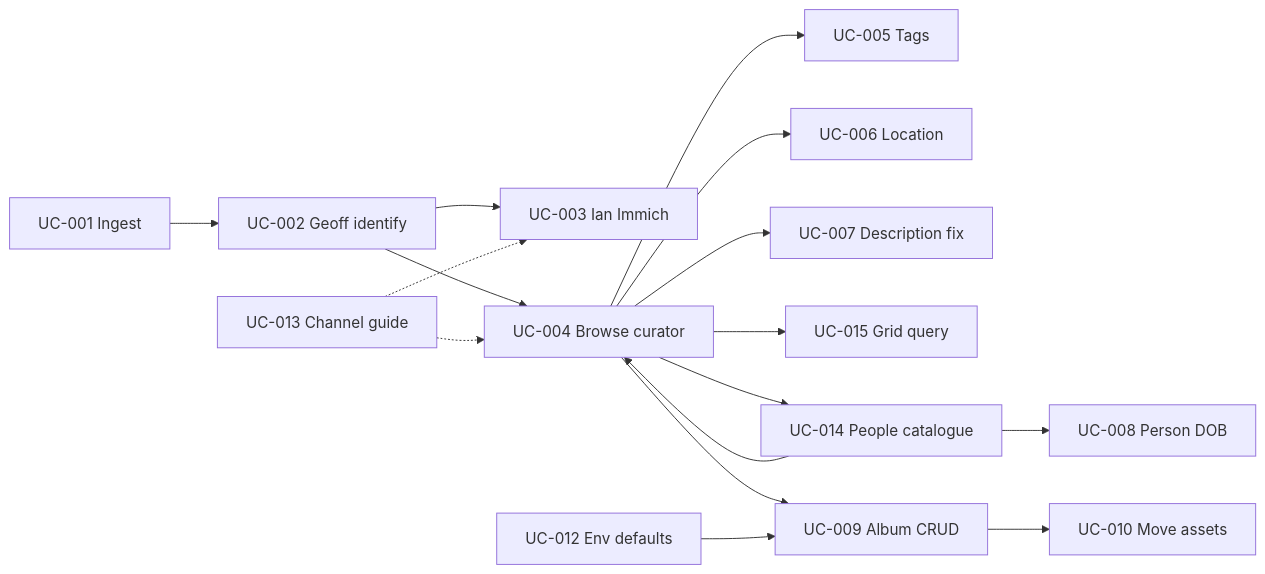
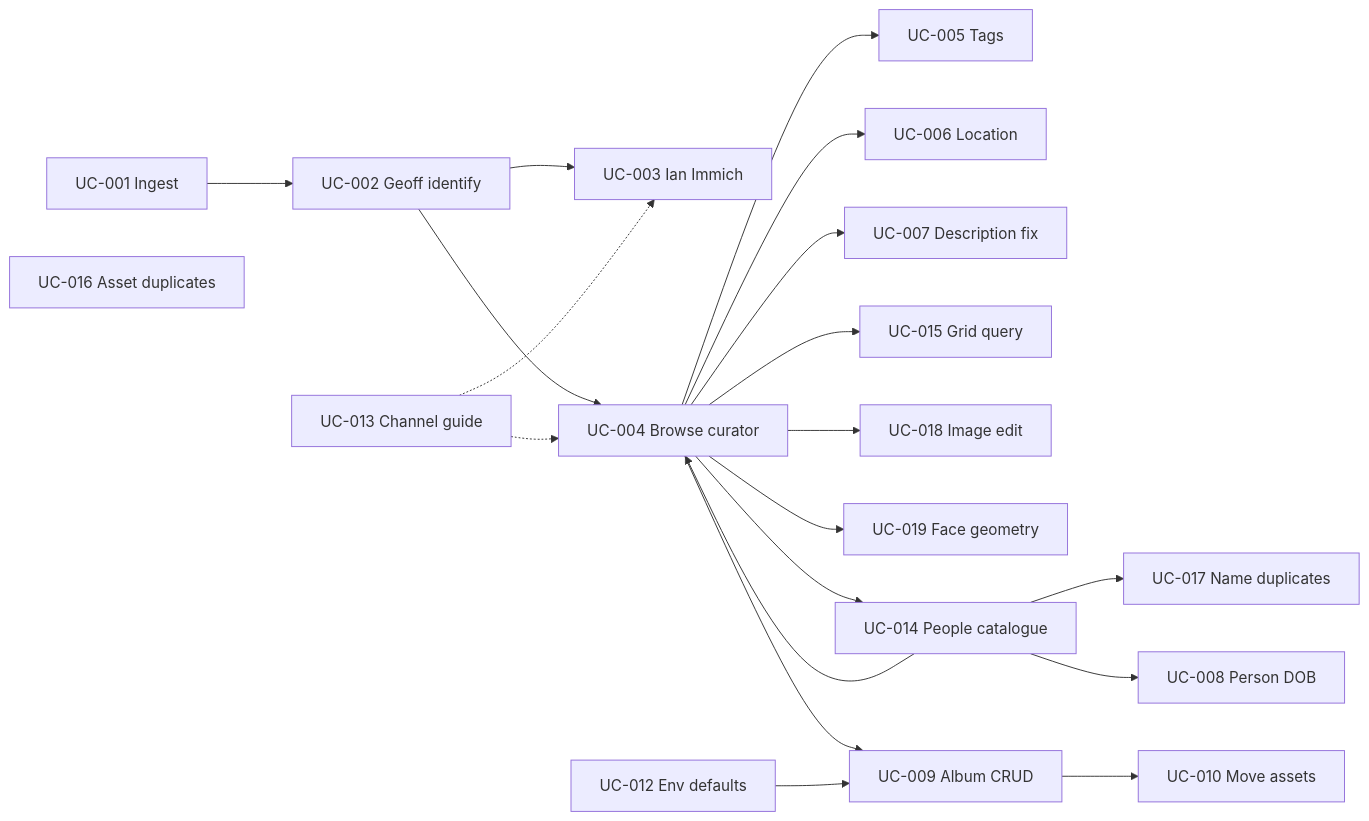
The diagram in docs/use-cases/README.md (ibamsey/immich-curator), drawn with Mermaid before and after one commit. The commit also changed other lines of this file and 15 other files, not shown here.

````diff
--- a/docs/use-cases/README.md
+++ b/docs/use-cases/README.md
@@ -54,18 +58,22 @@
 ```mermaid
 flowchart LR
   UC001[UC-001 Ingest] --> UC002[UC-002 Geoff identify]
   UC002 --> UC003[UC-003 Ian Immich]
   UC002 --> UC004[UC-004 Browse curator]
   UC004 --> UC005[UC-005 Tags]
   UC004 --> UC006[UC-006 Location]
   UC004 --> UC007[UC-007 Description fix]
   UC004 --> UC015[UC-015 Grid query]
+  UC004 --> UC018[UC-018 Image edit]
+  UC004 --> UC019[UC-019 Face geometry]
   UC004 --> UC014[UC-014 People catalogue]
+  UC014 --> UC017[UC-017 Name duplicates]
   UC014 --> UC008[UC-008 Person DOB]
   UC014 --> UC004
+  UC016[UC-016 Asset duplicates]
   UC004 --> UC009[UC-009 Album CRUD]
   UC009 --> UC010[UC-010 Move assets]
   UC012[UC-012 Env defaults] --> UC009
   UC013[UC-013 Channel guide] -.-> UC003
   UC013 -.-> UC004
 ```
````
